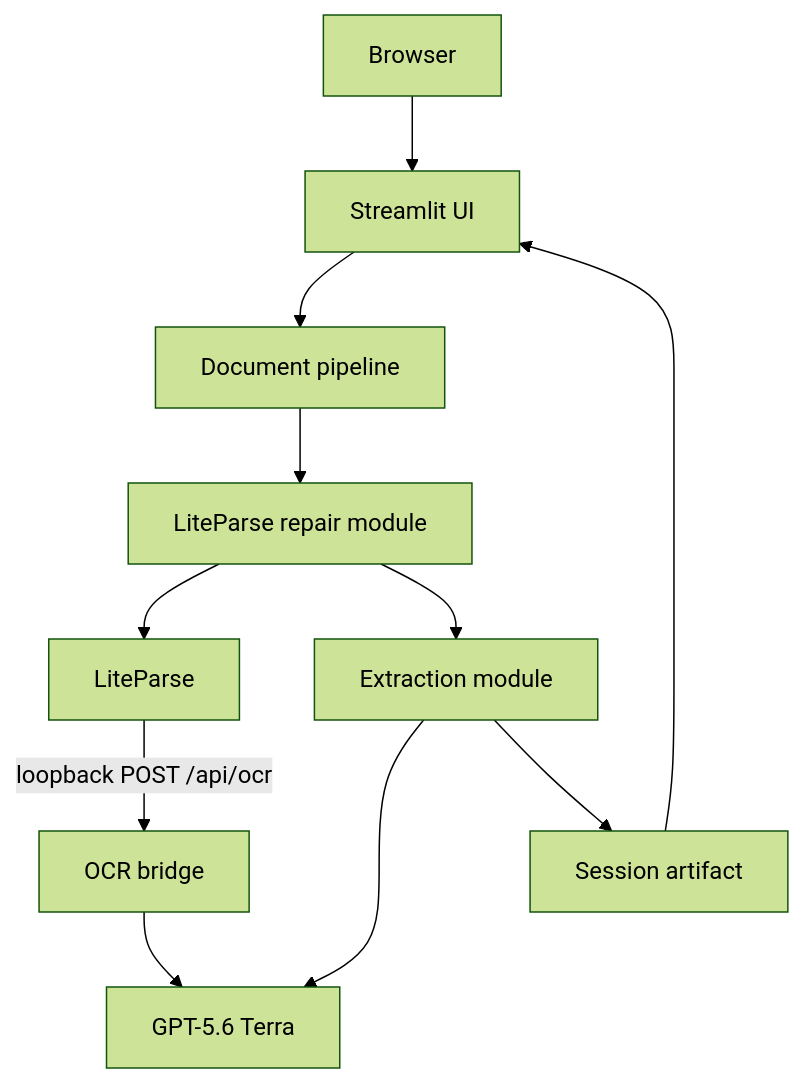
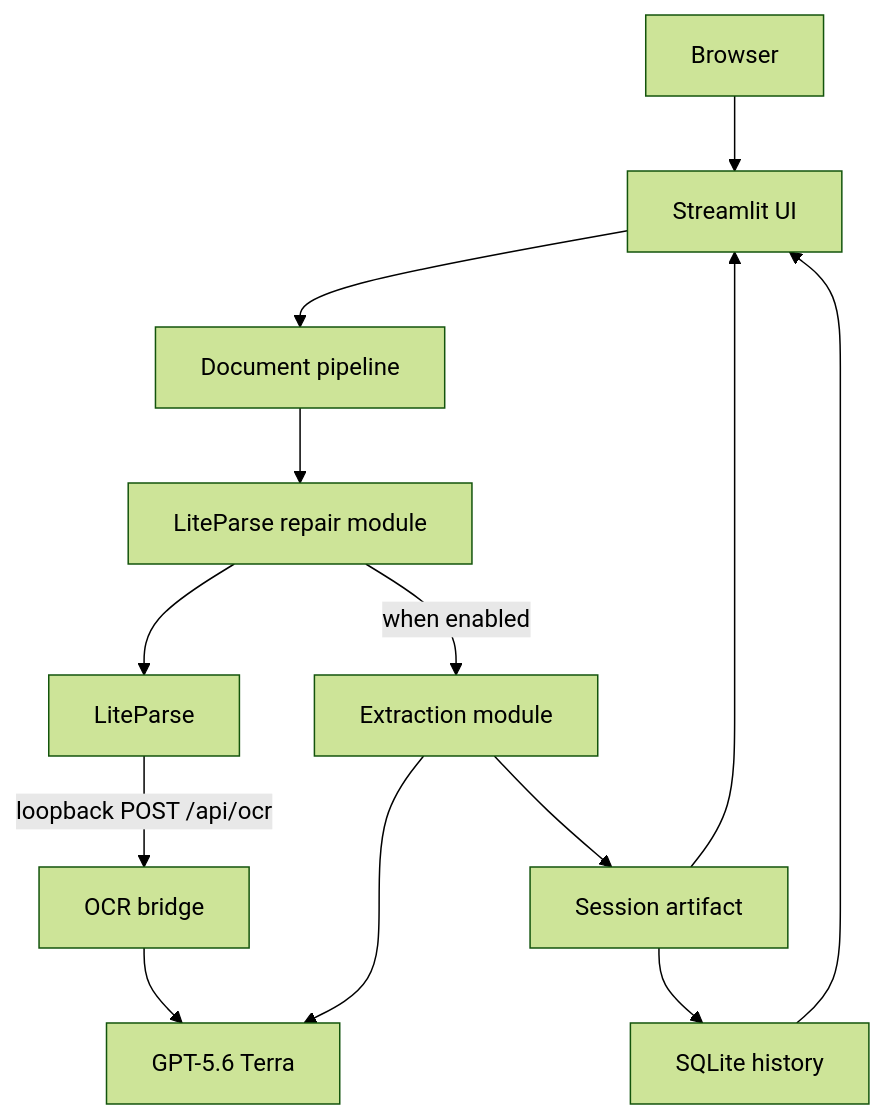
Before and after one commit to pypi-ahmad/liteparse-agentic-document-extraction: the diagram in docs/codebase/architecture.md, drawn with Mermaid (forest theme). The commit also changed other lines of this file and 16 other files, not shown here.

````diff
--- a/docs/codebase/architecture.md
+++ b/docs/codebase/architecture.md
@@ -9,13 +9,15 @@
 ```mermaid
 flowchart TB
     Browser[Browser] --> UI[Streamlit UI]
     UI --> Pipeline[Document pipeline]
     Pipeline --> Repair[LiteParse repair module]
     Repair --> LiteParse[LiteParse]
     LiteParse -->|loopback POST /api/ocr| Bridge[OCR bridge]
     Bridge --> Terra[GPT-5.6 Terra]
-    Repair --> Extract[Extraction module]
+    Repair -->|when enabled| Extract[Extraction module]
     Extract --> Terra
     Extract --> Artifact[Session artifact]
+    Artifact --> History[SQLite history]
     Artifact --> UI
+    History --> UI
 ```
````
